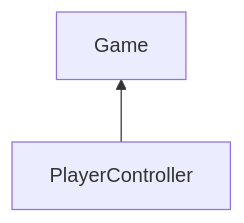
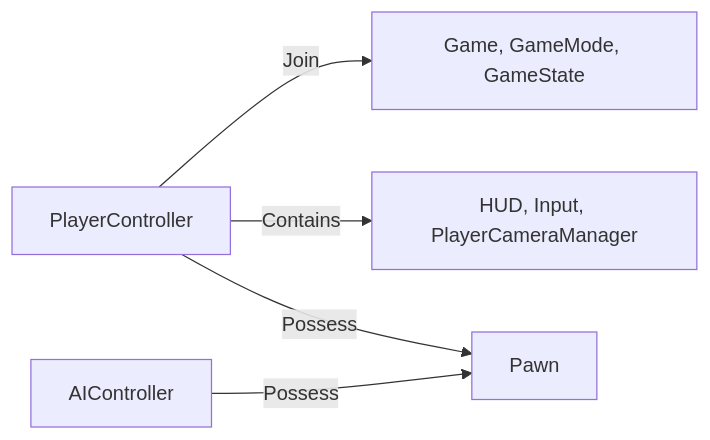
Before and after one commit to gemini9764/obsidian_remote: the diagram in Spaces/Unreal Engine/스파르타/게임개발종합반.md, drawn with Mermaid. The commit also changed other lines of this file and 2 other files, not shown here.

Commit message:
vault backup: 2025-05-20 20:14:05

````diff
--- a/Spaces/Unreal Engine/스파르타/게임개발종합반.md
+++ b/Spaces/Unreal Engine/스파르타/게임개발종합반.md
@@ -55,6 +55,7 @@
 ```mermaid
-graph BT
-
-B[PlayerController] --> A[Game]
-
+graph LR
+B[PlayerController] -- Join --> A[Game, GameMode, GameState]
+B[PlayerController] -- Contains --> C[HUD, Input, PlayerCameraManager]
+B[PlayerController] -- Possess --> D[Pawn]
+E[AIController] -- Possess --> D[Pawn]
 ```
````
